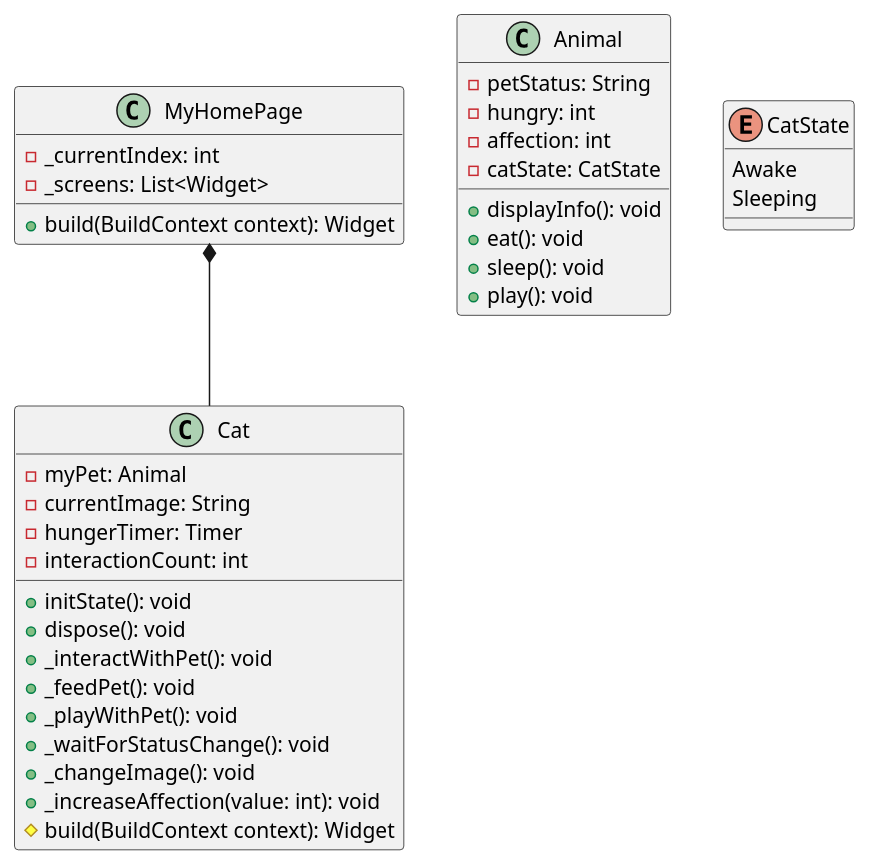
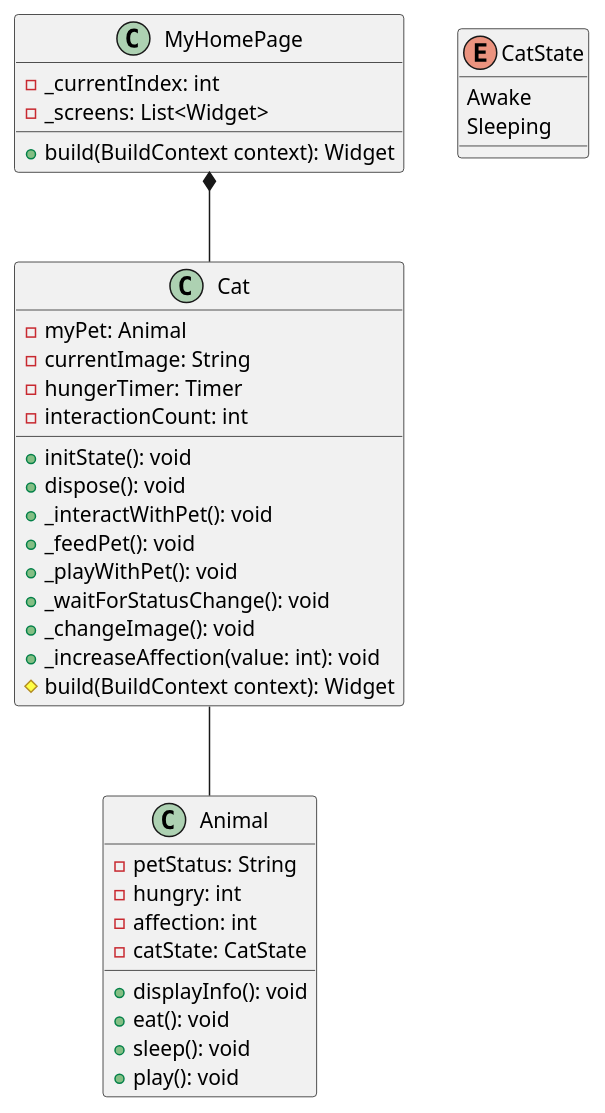
One commit to LiberationNacho/Project-pop changed the diagram in diagram/cat.puml. Above: the diagram before and after it, drawn with PlantUML.

```diff
--- a/diagram/cat.puml
+++ b/diagram/cat.puml
@@ -1,42 +1,44 @@
 @startuml
 
 class MyHomePage {
   - _currentIndex: int
   - _screens: List<Widget>
   + build(BuildContext context): Widget
 }
 
 class Animal {
   - petStatus: String
   - hungry: int
   - affection: int
   - catState: CatState
   + displayInfo(): void
   + eat(): void
   + sleep(): void
   + play(): void
 }
 
 enum CatState {
   Awake
   Sleeping
 }
 
 class Cat {
   - myPet: Animal
   - currentImage: String
   - hungerTimer: Timer
   - interactionCount: int
   + initState(): void
   + dispose(): void
   + _interactWithPet(): void
   + _feedPet(): void
   + _playWithPet(): void
   + _waitForStatusChange(): void
   + _changeImage(): void
   + _increaseAffection(value: int): void
   # build(BuildContext context): Widget
 }
 
 MyHomePage *-- Cat
+Cat -- Animal
+
 @enduml
```
